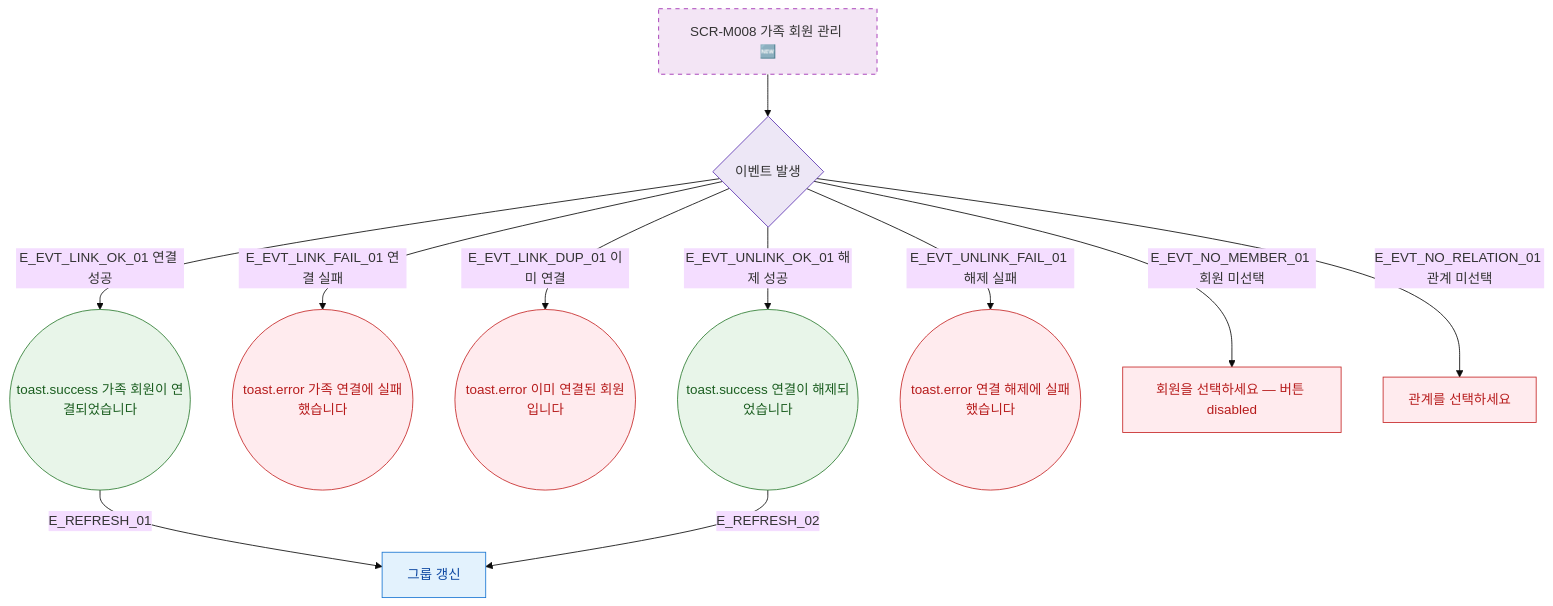
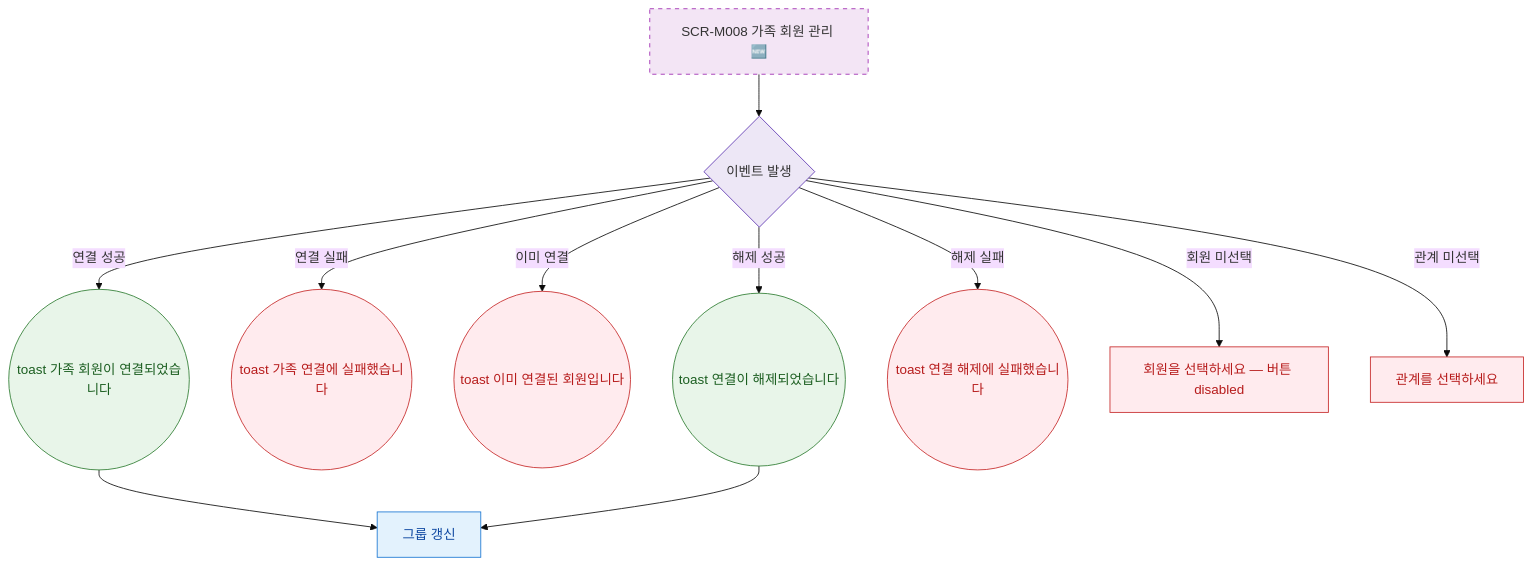
The diagram in docs/다이어그램/D02_회원관리/SCR-M008_가족회원/F9_토스트피드백.md (dev-spogym/admin-pando), drawn with Mermaid (base theme) before and after one commit. The commit also changed other lines of this file and 1660 other files, not shown here.

First line of the commit message:
다이어그램: 기획자/클라이언트 납품본으로 정리

````diff
--- a/docs/다이어그램/D02_회원관리/SCR-M008_가족회원/F9_토스트피드백.md
+++ b/docs/다이어그램/D02_회원관리/SCR-M008_가족회원/F9_토스트피드백.md
@@ -22,29 +20,29 @@
 ```mermaid
 flowchart TD
   SCR_M008[SCR-M008 가족 회원 관리 🆕]
 
   SCR_M008 --> EVT{이벤트 발생}
 
-  EVT -->|E_EVT_LINK_OK_01 연결 성공| TOAST_LINK_OK((toast.success 가족 회원이 연결되었습니다))
-  EVT -->|E_EVT_LINK_FAIL_01 연결 실패| TOAST_LINK_ERR((toast.error 가족 연결에 실패했습니다))
-  EVT -->|E_EVT_LINK_DUP_01 이미 연결| TOAST_DUP((toast.error 이미 연결된 회원입니다))
-  EVT -->|E_EVT_UNLINK_OK_01 해제 성공| TOAST_UNLINK_OK((toast.success 연결이 해제되었습니다))
-  EVT -->|E_EVT_UNLINK_FAIL_01 해제 실패| TOAST_UNLINK_ERR((toast.error 연결 해제에 실패했습니다))
-  EVT -->|E_EVT_NO_MEMBER_01 회원 미선택| FIELD_ERR[회원을 선택하세요 — 버튼 disabled]
-  EVT -->|E_EVT_NO_RELATION_01 관계 미선택| FIELD_ERR2[관계를 선택하세요]
+  EVT -->|연결 성공|TOAST_LINK_OK((toast 가족 회원이 연결되었습니다))
+  EVT -->|연결 실패|TOAST_LINK_ERR((toast 가족 연결에 실패했습니다))
+  EVT -->|이미 연결|TOAST_DUP((toast 이미 연결된 회원입니다))
+  EVT -->|해제 성공|TOAST_UNLINK_OK((toast 연결이 해제되었습니다))
+  EVT -->|해제 실패|TOAST_UNLINK_ERR((toast 연결 해제에 실패했습니다))
+  EVT -->|회원 미선택|FIELD_ERR[회원을 선택하세요 — 버튼 disabled]
+  EVT -->|관계 미선택|FIELD_ERR2[관계를 선택하세요]
 
-  TOAST_LINK_OK -->|E_REFRESH_01| REFRESH[그룹 갱신]
-  TOAST_UNLINK_OK -->|E_REFRESH_02| REFRESH
+  TOAST_LINK_OK --> REFRESH[그룹 갱신]
+  TOAST_UNLINK_OK --> REFRESH
 
-  classDef screen     fill:#E3F2FD,stroke:#1976D2,color:#0D47A1
+  classDef screen fill:#E3F2FD,stroke:#1976D2,color:#0D47A1
   classDef newFeature fill:#F3E5F5,stroke:#9C27B0,stroke-dasharray:5 5
-  classDef success    fill:#E8F5E9,stroke:#2E7D32,color:#1B5E20
-  classDef error      fill:#FFEBEE,stroke:#C62828,color:#B71C1C
-  classDef system     fill:#EDE7F6,stroke:#5E35B2
+  classDef success fill:#E8F5E9,stroke:#2E7D32,color:#1B5E20
+  classDef error fill:#FFEBEE,stroke:#C62828,color:#B71C1C
+  classDef system fill:#EDE7F6,stroke:#5E35B2
 
   class SCR_M008 newFeature
   class REFRESH screen
   class TOAST_LINK_OK,TOAST_UNLINK_OK success
   class TOAST_LINK_ERR,TOAST_DUP,TOAST_UNLINK_ERR,FIELD_ERR,FIELD_ERR2 error
   class EVT system
 ```
````
